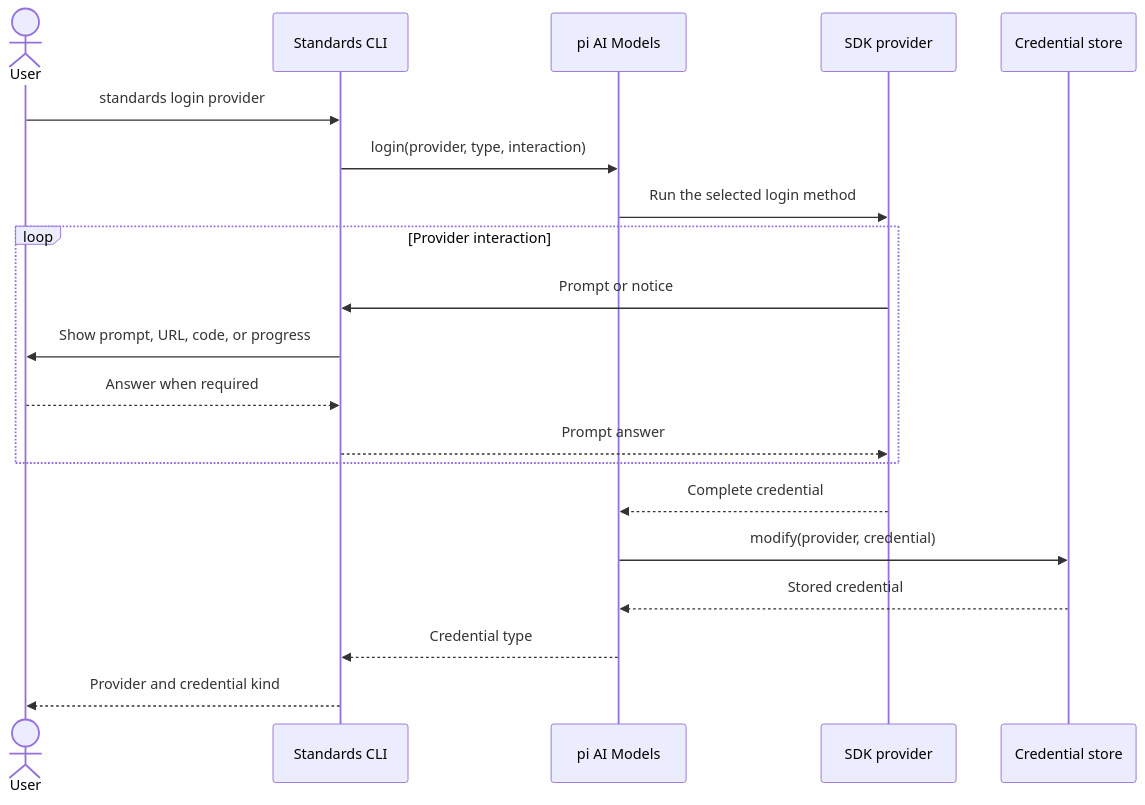
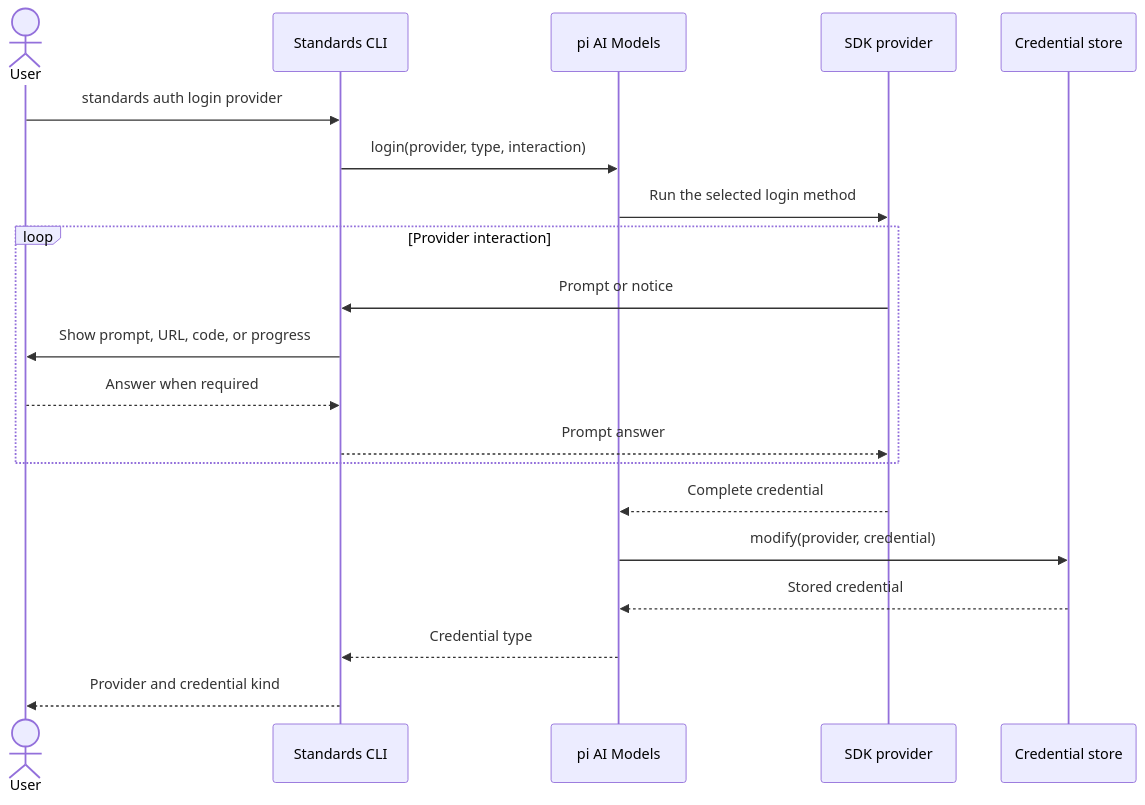
The second of 2 diagrams in specs/credentials.md (getstandards/standards), drawn with Mermaid before and after one commit. The commit also changed other lines of this file and 25 other files, not shown here.

First line of the commit message:
feat(cli): group credentials under auth and add the models command

````diff
--- a/specs/credentials.md
+++ b/specs/credentials.md
@@ -145,23 +145,23 @@
 ```mermaid
 sequenceDiagram
     actor User
     participant CLI as Standards CLI
     participant SDK as pi AI Models
     participant Provider as SDK provider
     participant Store as Credential store
 
-    User->>CLI: standards login provider
+    User->>CLI: standards auth login provider
     CLI->>SDK: login(provider, type, interaction)
     SDK->>Provider: Run the selected login method
     loop Provider interaction
         Provider->>CLI: Prompt or notice
         CLI->>User: Show prompt, URL, code, or progress
         User-->>CLI: Answer when required
         CLI-->>Provider: Prompt answer
     end
     Provider-->>SDK: Complete credential
     SDK->>Store: modify(provider, credential)
     Store-->>SDK: Stored credential
     SDK-->>CLI: Credential type
     CLI-->>User: Provider and credential kind
 ```
````
